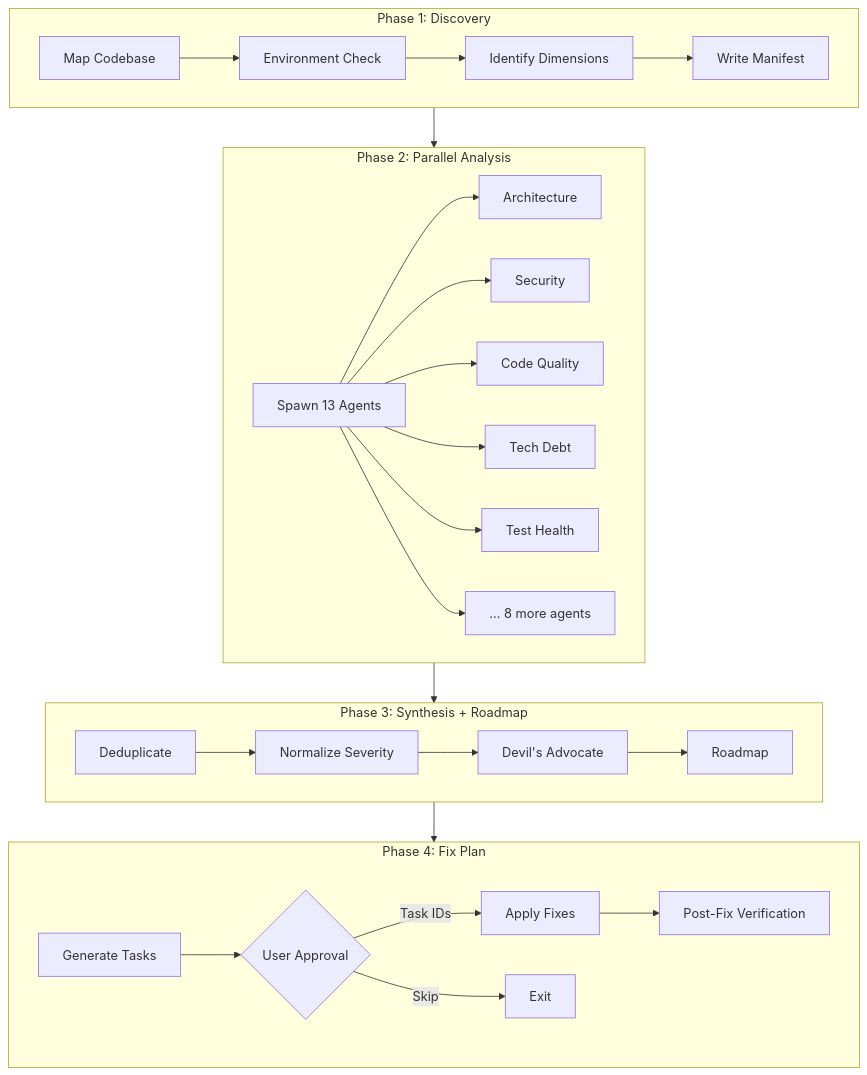
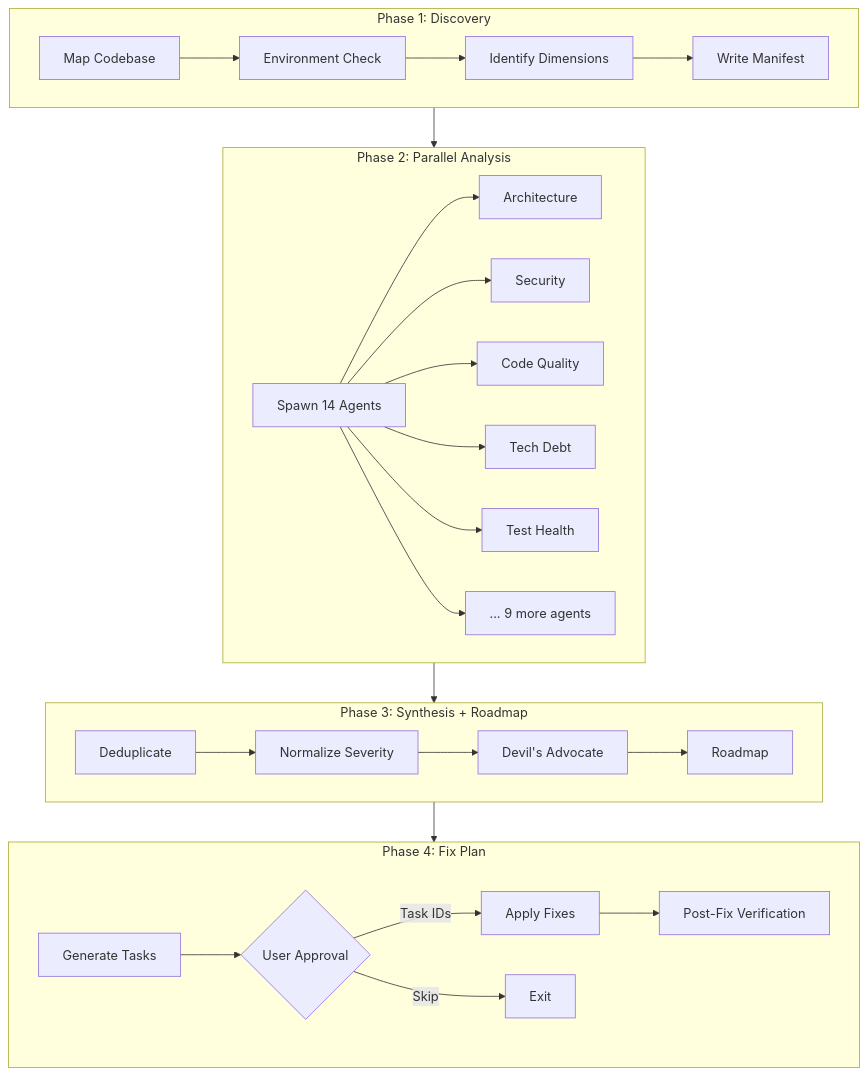
One commit to artgaurav16420-oss/Complete-Codebase-Review changed the diagram in README.md. Above: the diagram before and after it, drawn with Mermaid. The commit also changed other lines of this file and 4 other files, not shown here.

````diff
--- a/README.md
+++ b/README.md
@@ -16,30 +16,30 @@
 ```mermaid
 flowchart TB
     subgraph Phase1[Phase 1: Discovery]
         A1[Map Codebase] --> A2[Environment Check]
         A2 --> A3[Identify Dimensions]
         A3 --> A4[Write Manifest]
     end
     subgraph Phase2[Phase 2: Parallel Analysis]
-        B1[Spawn 13 Agents] --> B2[Architecture]
+        B1[Spawn 14 Agents] --> B2[Architecture]
         B1 --> B3[Security]
         B1 --> B4[Code Quality]
         B1 --> B5[Tech Debt]
         B1 --> B6[Test Health]
-        B1 --> B7[... 8 more agents]
+        B1 --> B7[... 9 more agents]
     end
     subgraph Phase3[Phase 3: Synthesis + Roadmap]
         C1[Deduplicate] --> C2[Normalize Severity]
         C2 --> C3[Devil's Advocate]
         C3 --> C4[Roadmap]
     end
     subgraph Phase4[Phase 4: Fix Plan]
         D1[Generate Tasks] --> D2{User Approval}
         D2 -->|Task IDs| D3[Apply Fixes]
         D2 -->|Skip| D4[Exit]
         D3 --> D5[Post-Fix Verification]
     end
     Phase1 --> Phase2
     Phase2 --> Phase3
     Phase3 --> Phase4
 ```
````
